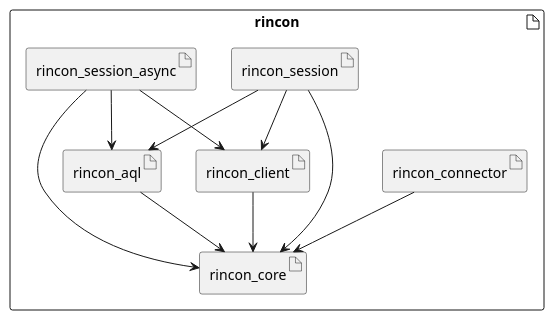
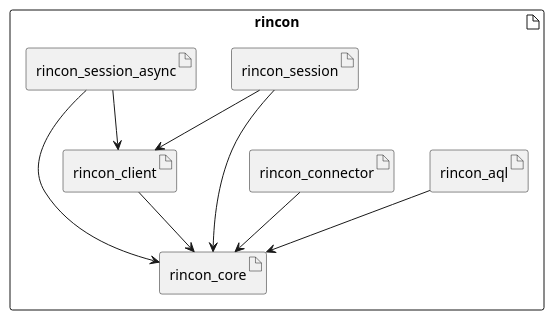
Before and after one commit to innoave/rincon: the diagram in docs/crate_structure.md, drawn with PlantUML. The commit also changed 14 other files, not shown here.

```diff
--- a/docs/crate_structure.md
+++ b/docs/crate_structure.md
@@ -3,19 +3,17 @@
 @startuml
 artifact rincon {
     artifact rincon_core
     artifact rincon_aql
     artifact rincon_client
     artifact rincon_connector
     artifact rincon_session
     artifact rincon_session_async
     rincon_aql --> rincon_core
     rincon_client --> rincon_core
     rincon_connector --> rincon_core
-    rincon_session --> rincon_aql
     rincon_session --> rincon_client
     rincon_session --> rincon_core
-    rincon_session_async --> rincon_aql
     rincon_session_async --> rincon_client
     rincon_session_async --> rincon_core
 }
 @enduml
```
